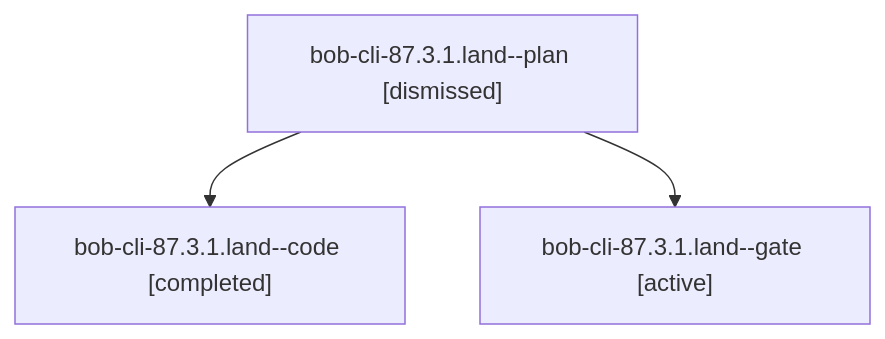
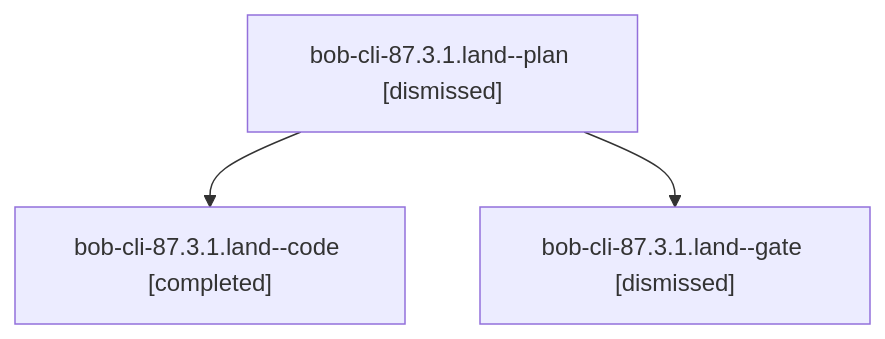
The diagram in sessions/bbugyi200.athena.bob-cli-87.3.1.land.md (bobs-org/bob-cli--agents), drawn with Mermaid before and after one commit. The commit also changed other lines of this file and 243 other files, not shown here.

````diff
--- a/sessions/bbugyi200.athena.bob-cli-87.3.1.land.md
+++ b/sessions/bbugyi200.athena.bob-cli-87.3.1.land.md
@@ -9,8 +9,8 @@
 ```mermaid
 flowchart TD
   n0["bob-cli-87.3.1.land--plan [dismissed]"]
   n1["bob-cli-87.3.1.land--code [completed]"]
   n0 --> n1
-  n2["bob-cli-87.3.1.land--gate [active]"]
+  n2["bob-cli-87.3.1.land--gate [dismissed]"]
   n0 --> n2
 ```
````
